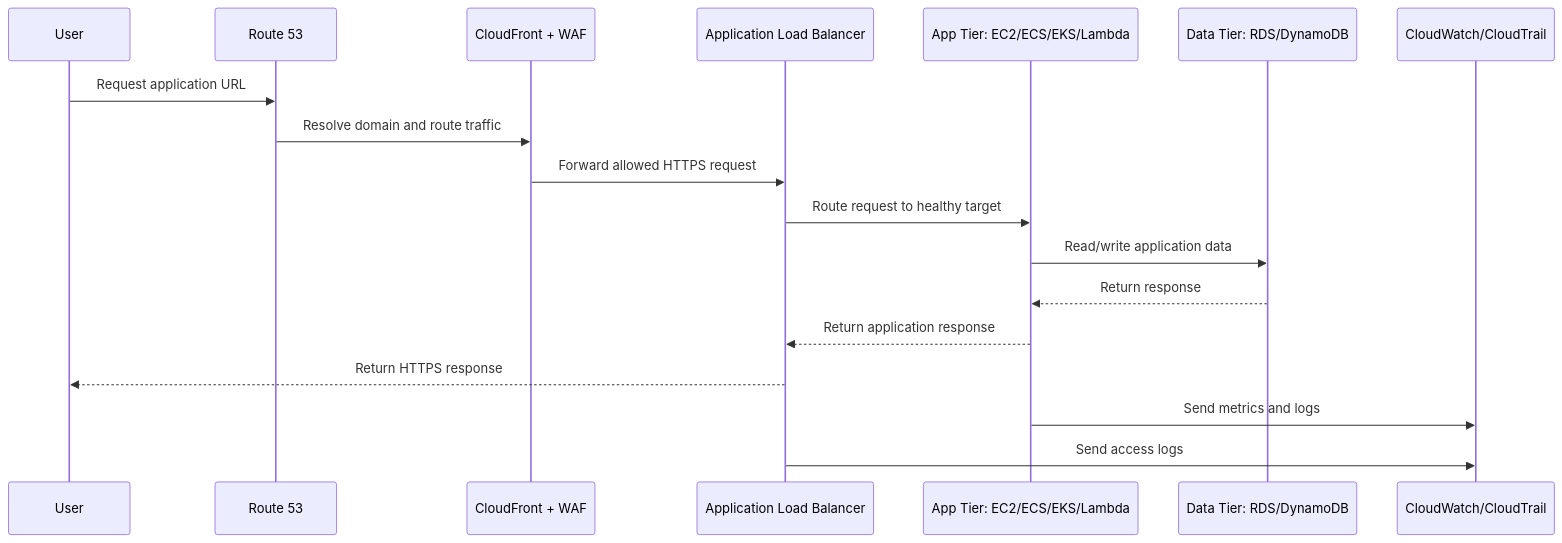
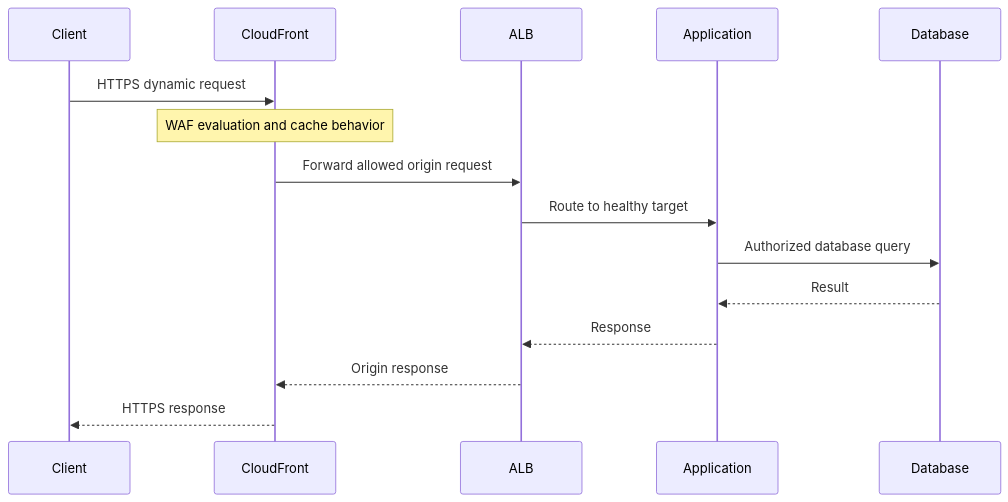
Before and after one commit to Olalekog/learning: the second of 4 diagrams in AWS/AWS_Services/AWS_Services.md, drawn with Mermaid. The commit also changed other lines of this file and 2 other files, not shown here.

````diff
--- a/AWS/AWS_Services/AWS_Services.md
+++ b/AWS/AWS_Services/AWS_Services.md
@@ -68,21 +69,17 @@
 ```mermaid
 sequenceDiagram
-    participant User
-    participant DNS as Route 53
-    participant CDN as CloudFront + WAF
-    participant ALB as Application Load Balancer
-    participant App as App Tier: EC2/ECS/EKS/Lambda
-    participant DB as Data Tier: RDS/DynamoDB
-    participant Logs as CloudWatch/CloudTrail
-
-    User->>DNS: Request application URL
-    DNS->>CDN: Resolve domain and route traffic
-    CDN->>ALB: Forward allowed HTTPS request
-    ALB->>App: Route request to healthy target
-    App->>DB: Read/write application data
-    DB-->>App: Return response
-    App-->>ALB: Return application response
-    ALB-->>User: Return HTTPS response
-    App->>Logs: Send metrics and logs
-    ALB->>Logs: Send access logs
+    participant Client
+    participant Edge as CloudFront
+    participant ALB
+    participant App as Application
+    participant DB as Database
+    Client->>Edge: HTTPS dynamic request
+    Note over Edge: WAF evaluation and cache behavior
+    Edge->>ALB: Forward allowed origin request
+    ALB->>App: Route to healthy target
+    App->>DB: Authorized database query
+    DB-->>App: Result
+    App-->>ALB: Response
+    ALB-->>Edge: Origin response
+    Edge-->>Client: HTTPS response
 ```
````
